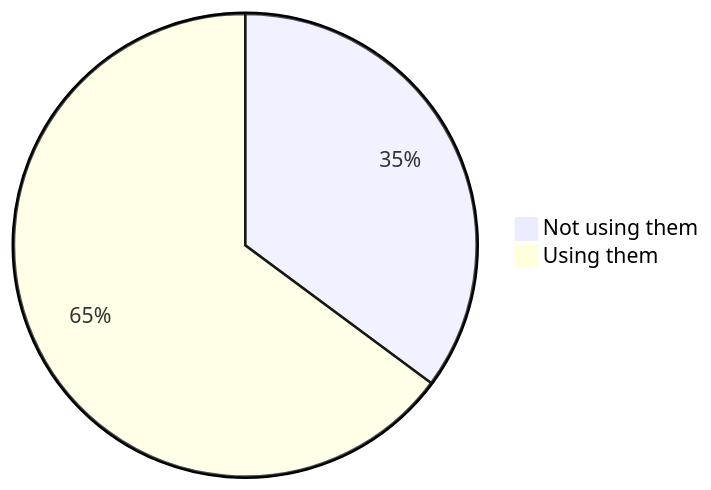
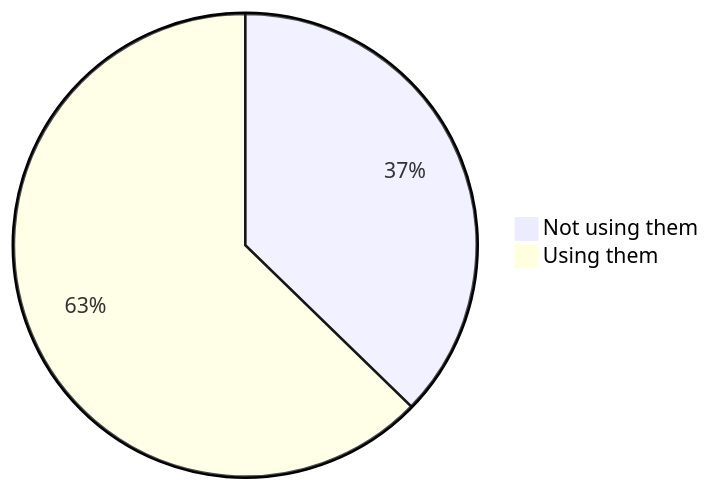
Before and after one commit to oshp/oshp-stats: the first of 22 diagrams in stats.md, drawn with Mermaid. The commit also changed other lines of this file, not shown here.

````diff
--- a/stats.md
+++ b/stats.md
@@ -10,6 +10,6 @@
 ```mermaid
 pie
-	"Not using them" : 35.15
-	"Using them" : 64.85
+	"Not using them" : 37.27
+	"Using them" : 62.73
 
 ```
````
